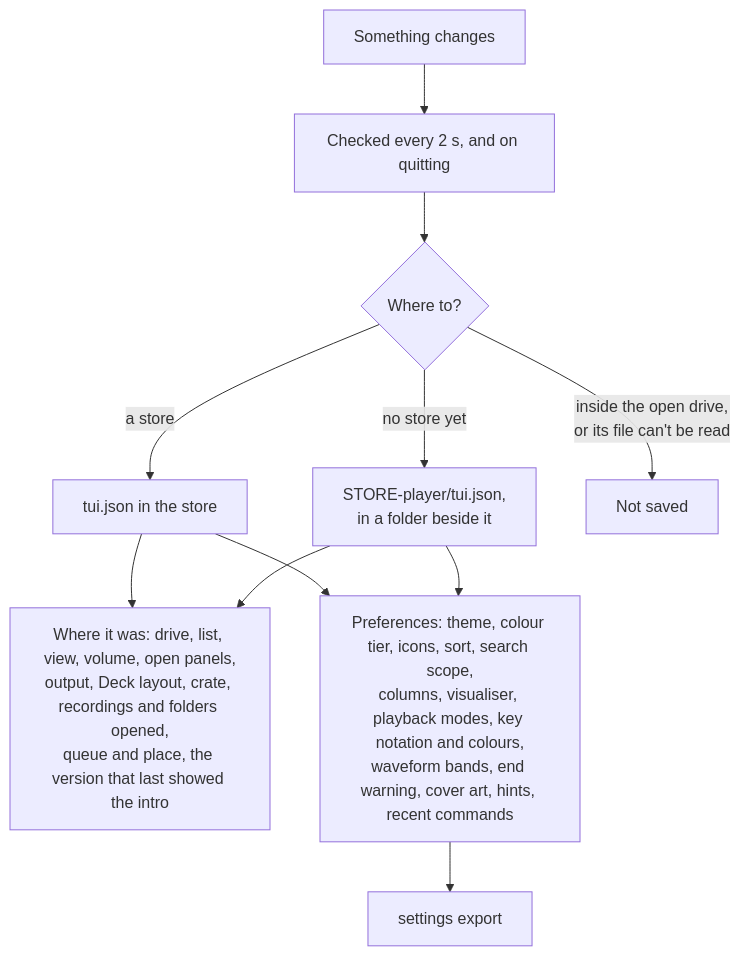
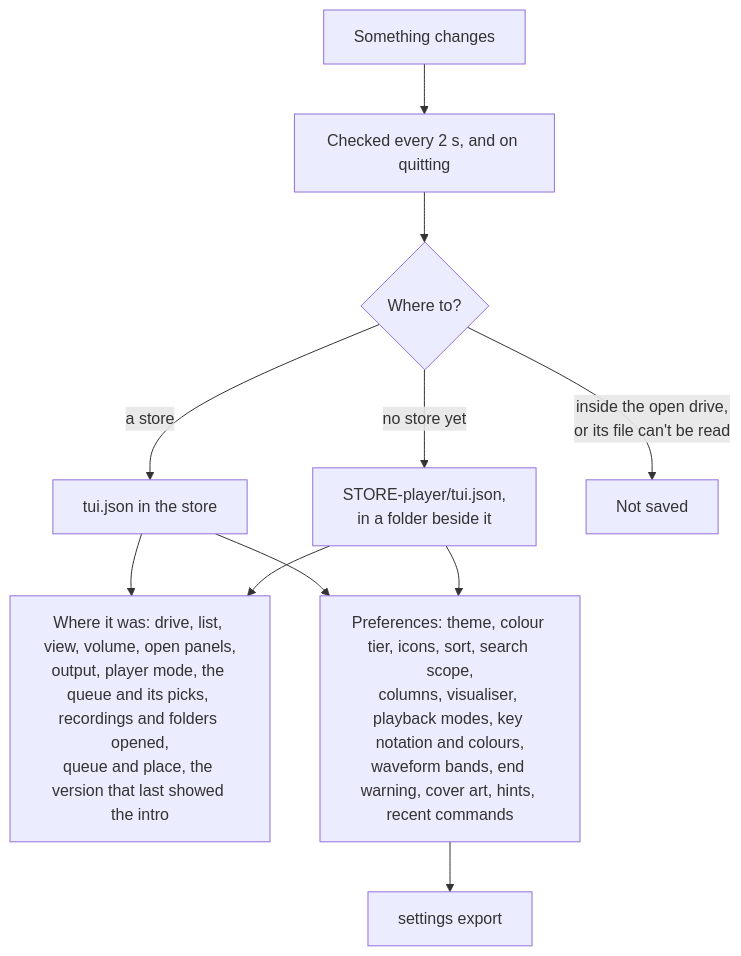
Diagram 17 of 17 in apps/locallibrary/docs/diagrams/player.md (cutenode/localnetwork), drawn with Mermaid before and after one commit. The commit also changed other lines of this file and 48 other files, not shown here.

````diff
--- a/apps/locallibrary/docs/diagrams/player.md
+++ b/apps/locallibrary/docs/diagrams/player.md
@@ -373,13 +373,13 @@
 ```mermaid
 flowchart TD
     change["Something changes"] --> check["Checked every 2 s, and on quitting"]
     check --> has{"Where to?"}
     has -->|"a store"| tui["tui.json in the store"]
     has -->|"no store yet"| beside["STORE-player/tui.json,<br/>in a folder beside it"]
     has -->|"inside the open drive,<br/>or its file can't be read"| none["Not saved"]
-    tui --> where["Where it was: drive, list, view, volume, open panels,<br/>output, Deck layout, crate, recordings and folders opened,<br/>queue and place, the version that last showed the intro"]
+    tui --> where["Where it was: drive, list, view, volume, open panels,<br/>output, player mode, the queue and its picks, recordings and folders opened,<br/>queue and place, the version that last showed the intro"]
     beside --> where
     tui --> prefs["Preferences: theme, colour tier, icons, sort, search scope,<br/>columns, visualiser, playback modes, key notation and colours,<br/>waveform bands, end warning, cover art, hints, recent commands"]
     beside --> prefs
     prefs --> export["settings export"]
 ```
````
